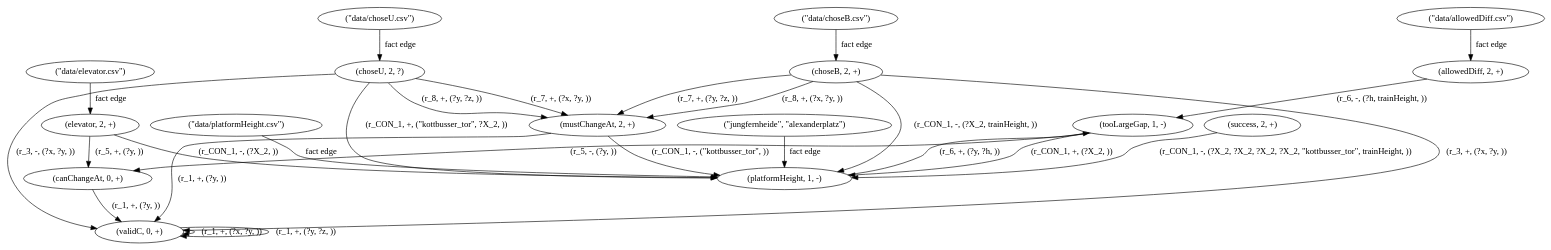
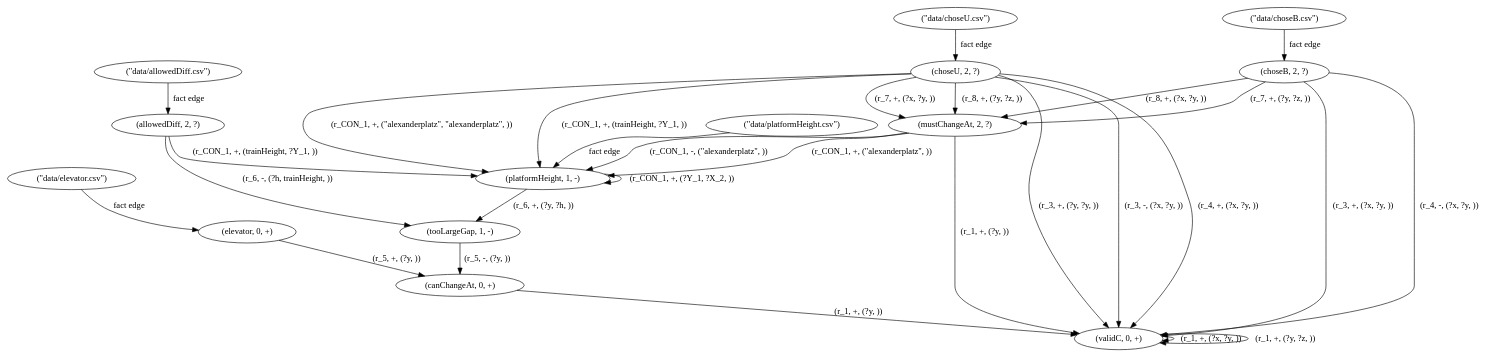
Before and after one commit to Leo-Aus-Berlin/nemo-metamorphic-testing: the diagram in mtf_EXP_20781/debug/6adg_restricted_to_validC.dot, drawn with Graphviz. The commit also changed 87 other files, not shown here.

```diff
--- a/mtf_EXP_20781/debug/6adg_restricted_to_validC.dot
+++ b/mtf_EXP_20781/debug/6adg_restricted_to_validC.dot
@@ -1,44 +1,44 @@
 digraph {
-    0 [ label = "(allowedDiff, 2, +)" ]
+    0 [ label = "(allowedDiff, 2, ?)" ]
     1 [ label = "(canChangeAt, 0, +)" ]
-    2 [ label = "(choseB, 2, +)" ]
+    2 [ label = "(choseB, 2, ?)" ]
     3 [ label = "(choseU, 2, ?)" ]
-    4 [ label = "(elevator, 2, +)" ]
-    5 [ label = "(mustChangeAt, 2, +)" ]
+    4 [ label = "(elevator, 0, +)" ]
+    5 [ label = "(mustChangeAt, 2, ?)" ]
     6 [ label = "(platformHeight, 1, -)" ]
-    8 [ label = "(success, 2, +)" ]
     9 [ label = "(tooLargeGap, 1, -)" ]
     10 [ label = "(validC, 0, +)" ]
     11 [ label = "(\"data/choseU.csv\")" ]
     12 [ label = "(\"data/choseB.csv\")" ]
     13 [ label = "(\"data/elevator.csv\")" ]
     14 [ label = "(\"data/platformHeight.csv\")" ]
     15 [ label = "(\"data/allowedDiff.csv\")" ]
-    16 [ label = "(\"jungfernheide\", \"alexanderplatz\")" ]
     11 -> 3 [ label = "fact edge" ]
     12 -> 2 [ label = "fact edge" ]
     13 -> 4 [ label = "fact edge" ]
     14 -> 6 [ label = "fact edge" ]
     15 -> 0 [ label = "fact edge" ]
     10 -> 10 [ label = "(r_1, +, (?x, ?y, ))" ]
     10 -> 10 [ label = "(r_1, +, (?y, ?z, ))" ]
     5 -> 10 [ label = "(r_1, +, (?y, ))" ]
     1 -> 10 [ label = "(r_1, +, (?y, ))" ]
-    3 -> 6 [ label = "(r_CON_1, +, (\"kottbusser_tor\", ?X_2, ))" ]
-    9 -> 6 [ label = "(r_CON_1, +, (?X_2, ))" ]
-    8 -> 6 [ label = "(r_CON_1, -, (?X_2, ?X_2, ?X_2, ?X_2, \"kottbusser_tor\", trainHeight, ))" ]
+    0 -> 6 [ label = "(r_CON_1, +, (trainHeight, ?Y_1, ))" ]
+    3 -> 6 [ label = "(r_CON_1, +, (trainHeight, ?Y_1, ))" ]
     2 -> 10 [ label = "(r_3, +, (?x, ?y, ))" ]
     3 -> 10 [ label = "(r_3, -, (?x, ?y, ))" ]
-    16 -> 6 [ label = "fact edge" ]
+    3 -> 10 [ label = "(r_4, +, (?x, ?y, ))" ]
+    2 -> 10 [ label = "(r_4, -, (?x, ?y, ))" ]
     4 -> 1 [ label = "(r_5, +, (?y, ))" ]
     9 -> 1 [ label = "(r_5, -, (?y, ))" ]
     6 -> 9 [ label = "(r_6, +, (?y, ?h, ))" ]
     0 -> 9 [ label = "(r_6, -, (?h, trainHeight, ))" ]
     3 -> 5 [ label = "(r_7, +, (?x, ?y, ))" ]
     2 -> 5 [ label = "(r_7, +, (?y, ?z, ))" ]
     2 -> 5 [ label = "(r_8, +, (?x, ?y, ))" ]
     3 -> 5 [ label = "(r_8, +, (?y, ?z, ))" ]
-    2 -> 6 [ label = "(r_CON_1, -, (?X_2, trainHeight, ))" ]
-    5 -> 6 [ label = "(r_CON_1, -, (\"kottbusser_tor\", ))" ]
-    4 -> 6 [ label = "(r_CON_1, -, (?X_2, ))" ]
+    6 -> 6 [ label = "(r_CON_1, +, (?Y_1, ?X_2, ))" ]
+    5 -> 6 [ label = "(r_CON_1, +, (\"alexanderplatz\", ))" ]
+    3 -> 6 [ label = "(r_CON_1, +, (\"alexanderplatz\", \"alexanderplatz\", ))" ]
+    5 -> 6 [ label = "(r_CON_1, -, (\"alexanderplatz\", ))" ]
+    3 -> 10 [ label = "(r_3, +, (?y, ?y, ))" ]
 }
```
